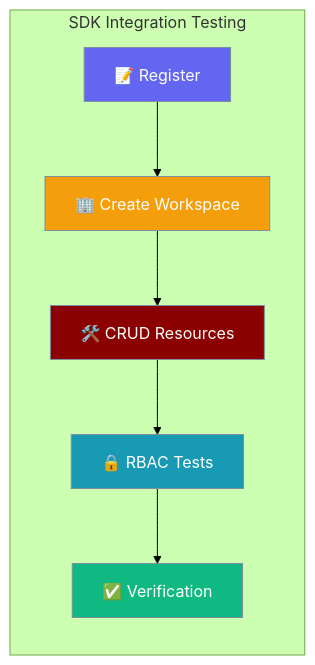
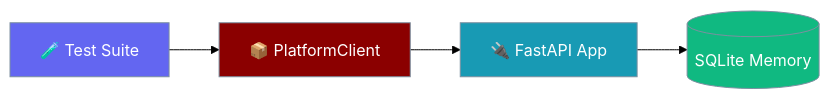
Before and after one commit to MervinPraison/PraisonAIDocs: the first of 2 diagrams in docs/features/platform-client-sdk-testing.mdx, drawn with Mermaid (forest theme). The commit also changed other lines of this file and 4 other files, not shown here.

````diff
--- a/docs/features/platform-client-sdk-testing.mdx
+++ b/docs/features/platform-client-sdk-testing.mdx
@@ -10,21 +27,16 @@
 ```mermaid
 graph LR
-    subgraph "SDK Integration Testing"
-        A[📝 Register] --> B[🏢 Create Workspace]
-        B --> C[🛠️ CRUD Resources]
-        C --> D[🔒 RBAC Tests]
-        D --> E[✅ Verification]
-    end
-    
-    classDef auth fill:#6366F1,stroke:#7C90A0,color:#fff
-    classDef workspace fill:#F59E0B,stroke:#7C90A0,color:#fff
-    classDef crud fill:#8B0000,stroke:#7C90A0,color:#fff
-    classDef rbac fill:#189AB4,stroke:#7C90A0,color:#fff
-    classDef verify fill:#10B981,stroke:#7C90A0,color:#fff
-    
-    class A auth
-    class B workspace
-    class C crud
-    class D rbac
-    class E verify
+    Tests[🧪 Test Suite] --> SDK[📦 PlatformClient]
+    SDK --> API[🔌 FastAPI App]
+    API --> DB[(SQLite Memory)]
+
+    classDef test fill:#6366F1,stroke:#7C90A0,color:#fff
+    classDef sdk fill:#8B0000,stroke:#7C90A0,color:#fff
+    classDef api fill:#189AB4,stroke:#7C90A0,color:#fff
+    classDef db fill:#10B981,stroke:#7C90A0,color:#fff
+
+    class Tests test
+    class SDK sdk
+    class API api
+    class DB db
 ```
````
